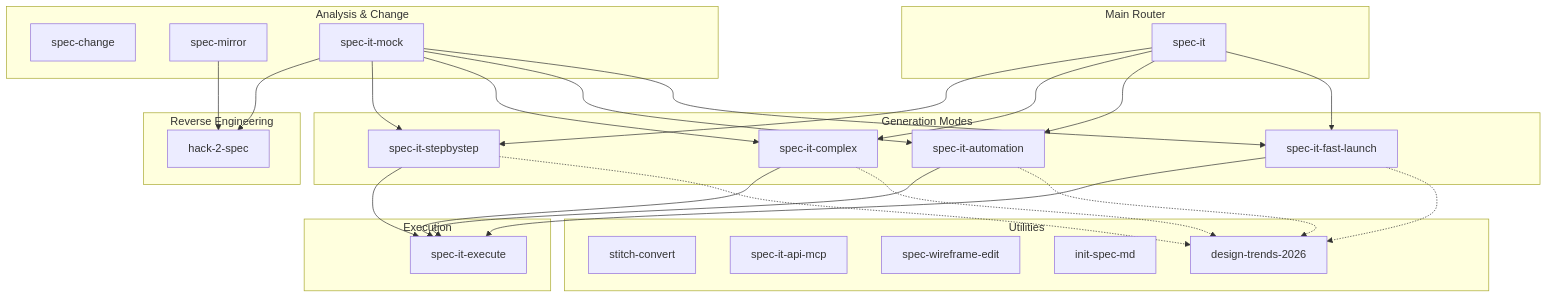
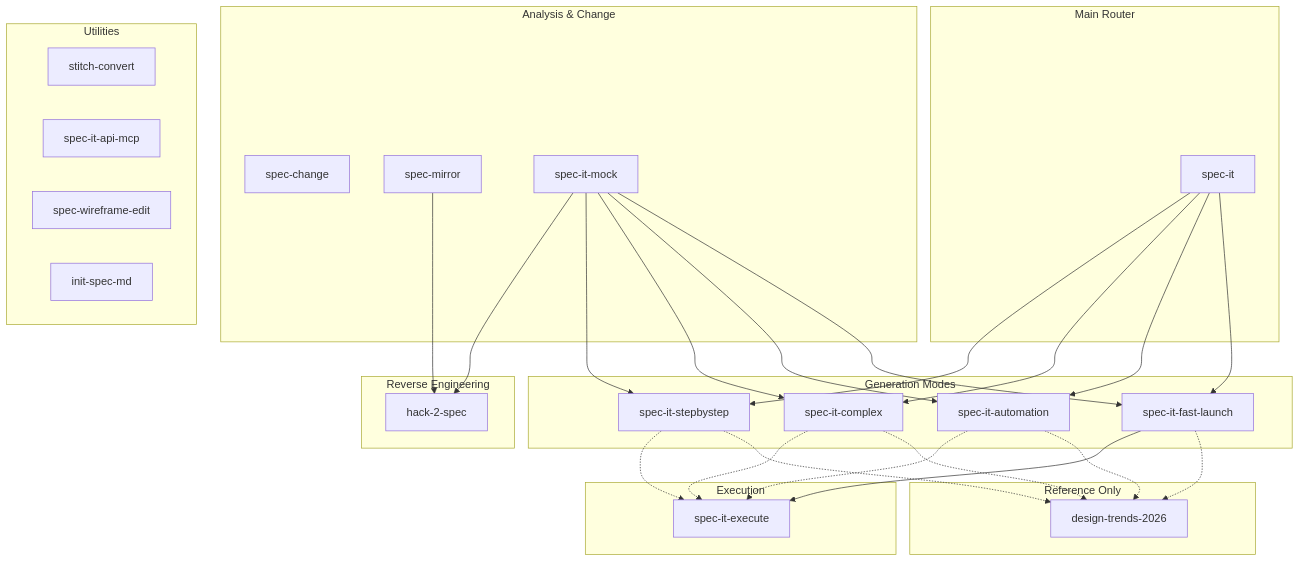
One commit to 30eggis/spec-it changed diagram 14 of 14 in docs/SKILL_AGENT_REFERENCE_MAP.md. Above: the diagram before and after it, drawn with Mermaid. The commit also changed other lines of this file, not shown here.

First line of the commit message:
Update Skill/Agent reference map with full document chains

````diff
--- a/docs/SKILL_AGENT_REFERENCE_MAP.md
+++ b/docs/SKILL_AGENT_REFERENCE_MAP.md
@@ -640,58 +580,52 @@
 ```mermaid
 flowchart TB
-    subgraph MainRouter["Main Router"]
+    subgraph ROUTER["Main Router"]
         SPEC_IT[spec-it]
     end
 
-    subgraph Modes["Generation Modes"]
+    subgraph MODES["Generation Modes"]
         SBS[spec-it-stepbystep]
         CX[spec-it-complex]
         AUTO[spec-it-automation]
         FAST[spec-it-fast-launch]
     end
 
-    subgraph Execution["Execution"]
+    subgraph EXECUTION["Execution"]
         EXEC[spec-it-execute]
     end
 
-    subgraph Analysis["Analysis & Change"]
+    subgraph ANALYSIS["Analysis & Change"]
         CHANGE[spec-change]
         MIRROR[spec-mirror]
         MOCK[spec-it-mock]
     end
 
-    subgraph Reverse["Reverse Engineering"]
+    subgraph REVERSE["Reverse Engineering"]
         HACK[hack-2-spec]
     end
 
-    subgraph Utils["Utilities"]
+    subgraph UTILS["Utilities"]
         STITCH[stitch-convert]
         API[spec-it-api-mcp]
         WF[spec-wireframe-edit]
         INIT[init-spec-md]
+    end
+
+    subgraph REFERENCE["Reference Only"]
         DESIGN[design-trends-2026]
     end
 
-    SPEC_IT --> SBS
-    SPEC_IT --> CX
-    SPEC_IT --> AUTO
-    SPEC_IT --> FAST
+    SPEC_IT --> SBS & CX & AUTO & FAST
 
     FAST --> EXEC
-    SBS --> EXEC
-    CX --> EXEC
-    AUTO --> EXEC
+    SBS -.-> EXEC
+    CX -.-> EXEC
+    AUTO -.-> EXEC
 
     MOCK --> HACK
-    MOCK --> SBS
-    MOCK --> CX
-    MOCK --> AUTO
-    MOCK --> FAST
+    MOCK --> SBS & CX & AUTO & FAST
 
     MIRROR --> HACK
 
-    SBS -.-> DESIGN
-    CX -.-> DESIGN
-    AUTO -.-> DESIGN
-    FAST -.-> DESIGN
+    SBS & CX & AUTO & FAST -.-> DESIGN
 ```
````
